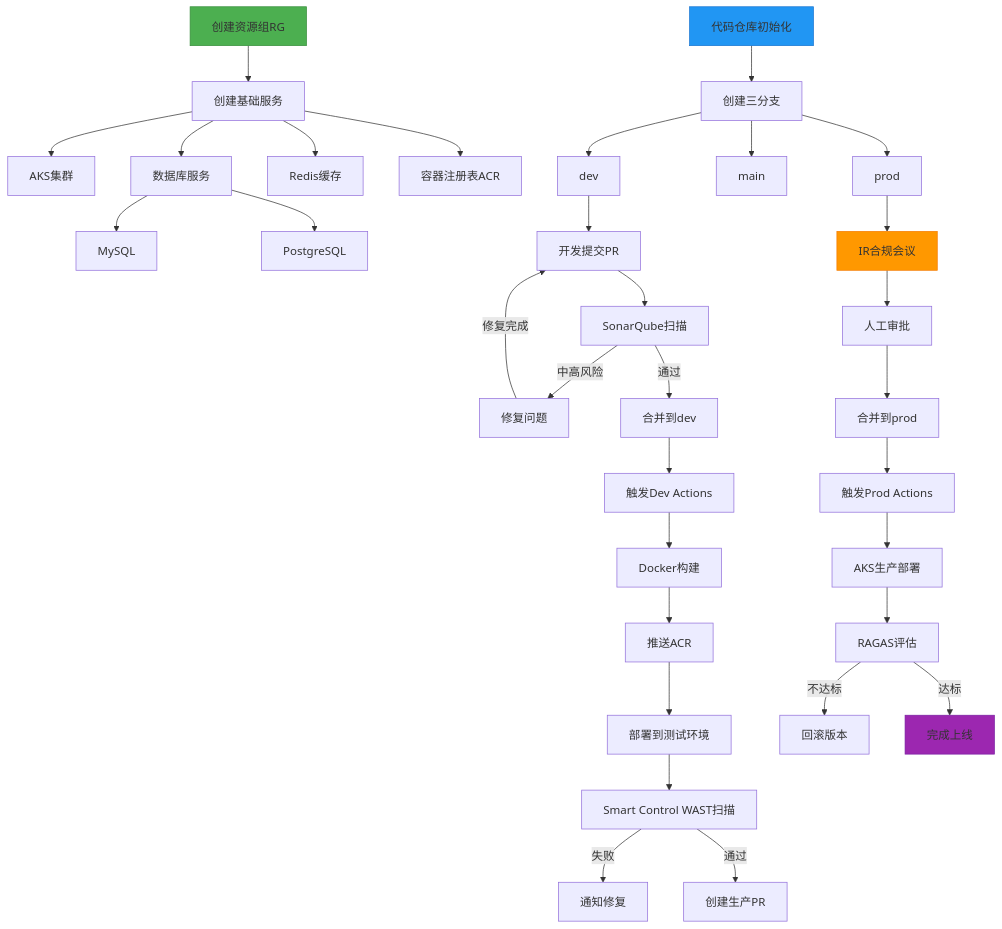
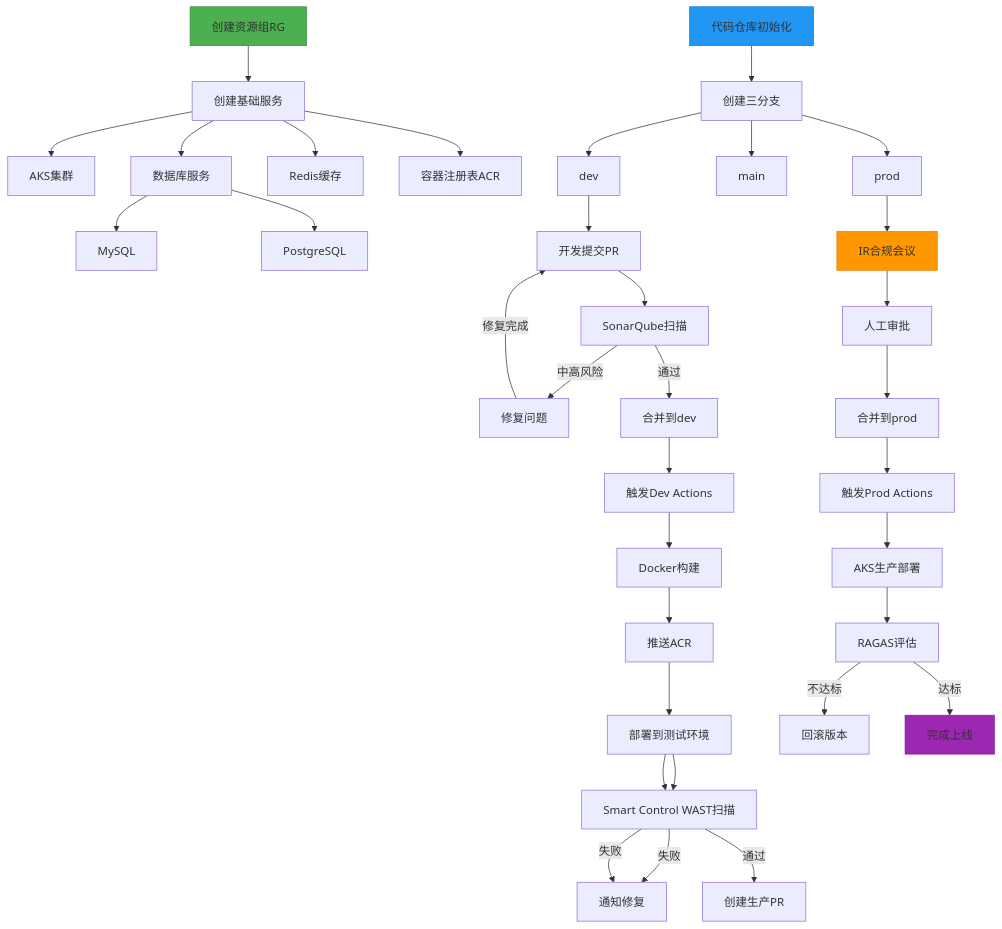
Before and after one commit to funnyData/iodraw-files: the diagram in all/未命名-1.md, drawn with Mermaid.

Commit message:
2025-02-27 09:10:39 update

````diff
--- a/all/未命名-1.md
+++ b/all/未命名-1.md
@@ -1,52 +1,54 @@
 ```mermaid
 graph TD
     A[创建资源组RG] --> B[创建基础服务]
     B --> C[AKS集群]
     B --> D[数据库服务]
     D --> DA[MySQL]
     D --> DB[PostgreSQL]
     B --> E[Redis缓存]
     B --> F[容器注册表ACR]
     
     G[代码仓库初始化] --> H[创建三分支]
     H --> I[dev]
     H --> J[main]
     H --> K[prod]
     K --> W[IR合规会议]
+    S --> T[Smart Control WAST扫描]
+    T -->|失败| U[通知修复]
     I --> L[开发提交PR]
     L --> M[SonarQube扫描]
     M -->|中高风险| N[修复问题]
     N -->|修复完成|L
     M -->|通过| O[合并到dev]
     
     O --> P[触发Dev Actions]
     P --> Q[Docker构建]
     Q --> R[推送ACR]
     R --> S[部署到测试环境]
     
     S --> T[Smart Control WAST扫描]
     T -->|失败| U[通知修复]
 
     
     T -->|通过| V[创建生产PR]
 
     
     %% V --> W[IR合规会议]
     W --> X[人工审批]
     X --> Y[合并到prod]
     
     Y --> Z[触发Prod Actions]
     Z --> AC[AKS生产部署]
     %% Z --> AA[安全扫描]
     %% AA -->|高风险| AB[终止部署]
     %% AA -->|通过| AC[AKS生产部署]
     
     AC --> AD[RAGAS评估]
     AD -->|不达标| AE[回滚版本]
     AD -->|达标| AF[完成上线]
     
     style A fill:#4CAF50,stroke:#388E3C
     style G fill:#2196F3,stroke:#1976D2
     style W fill:#FF9800,stroke:#F57C00
     style AF fill:#9C27B0,stroke:#7B1FA2
 ```
````
